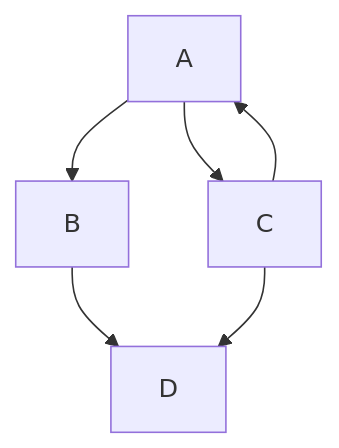
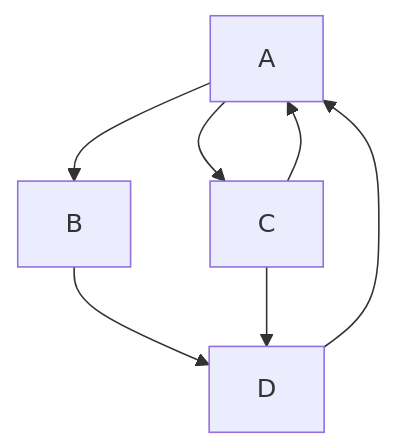
The diagram in docs/how.md (andreisperid/E-TKT), drawn with Mermaid before and after one commit.

````diff
--- a/docs/how.md
+++ b/docs/how.md
@@ -23,8 +23,9 @@
 ```mermaid
 graph TD;
     A-->B;
     A-->C;
     B-->D;
     C-->D;
+    D-->A;
     C-->A;
 ```
````
